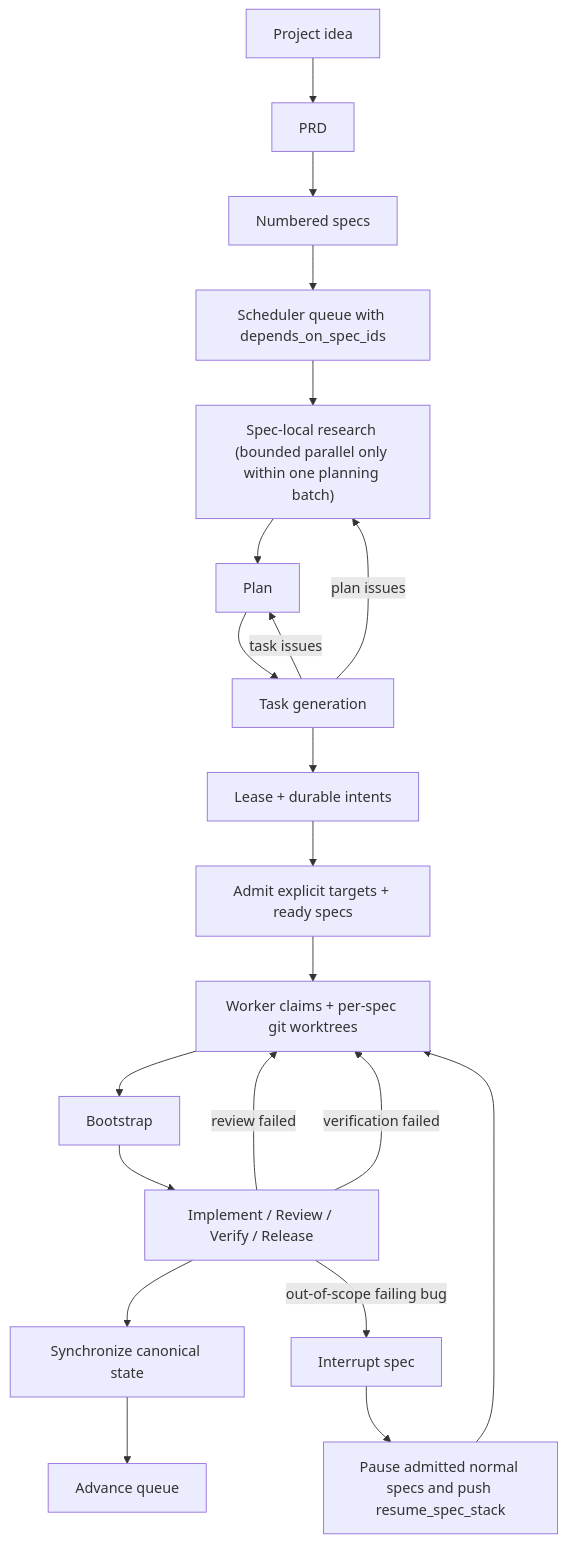
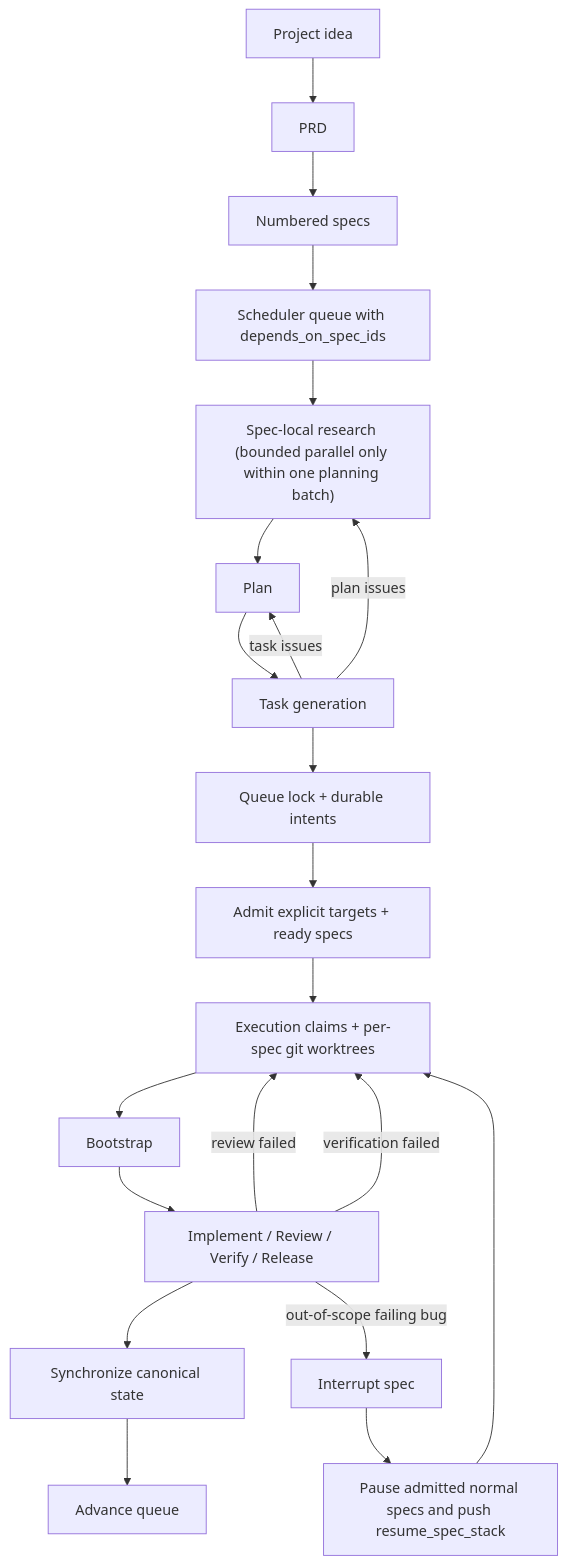
Before and after one commit to tolulawson/ralph-harness: the diagram in README.md, drawn with Mermaid. The commit also changed other lines of this file and 53 other files, not shown here.

````diff
--- a/README.md
+++ b/README.md
@@ -137,23 +137,23 @@
 ```mermaid
 flowchart TD
     A["Project idea"] --> B["PRD"]
     B --> C["Numbered specs"]
     C --> D["Scheduler queue with depends_on_spec_ids"]
     D --> E["Spec-local research (bounded parallel only within one planning batch)"]
     E --> F["Plan"]
     F --> G["Task generation"]
-    G --> H["Lease + durable intents"]
+    G --> H["Queue lock + durable intents"]
     H --> I["Admit explicit targets + ready specs"]
-    I --> J["Worker claims + per-spec git worktrees"]
+    I --> J["Execution claims + per-spec git worktrees"]
     J --> K["Bootstrap"]
     K --> L["Implement / Review / Verify / Release"]
     L --> M["Synchronize canonical state"]
     M --> P["Advance queue"]
     G -- "plan issues" --> E
     G -- "task issues" --> F
     L -- "review failed" --> J
     L -- "verification failed" --> J
     L -- "out-of-scope failing bug" --> N["Interrupt spec"]
     N --> O["Pause admitted normal specs and push resume_spec_stack"]
     O --> J
 ```
````
